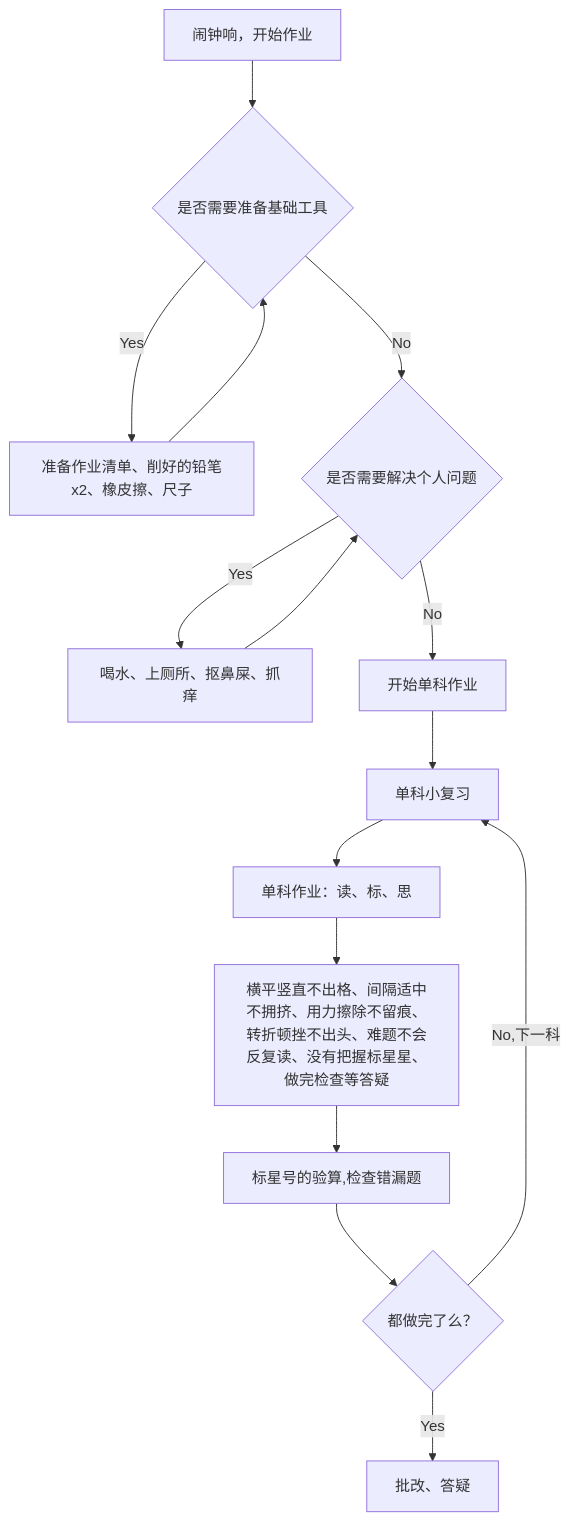
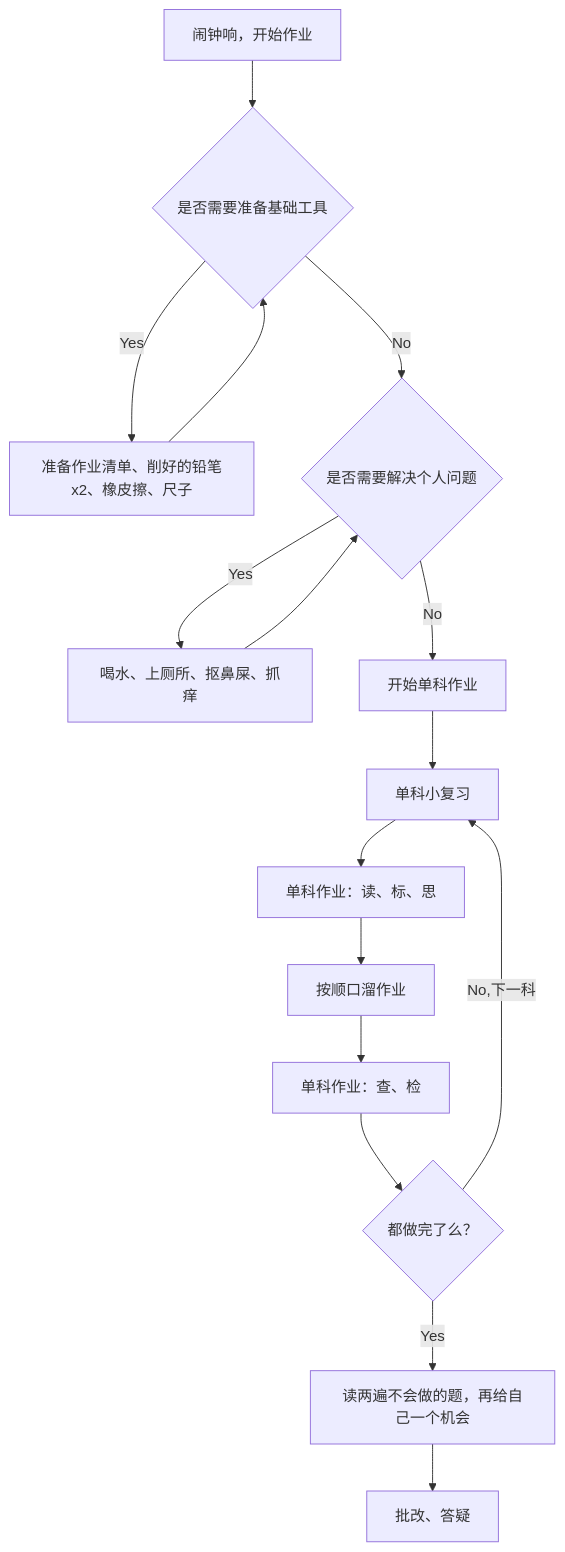
Before and after one commit to luffyluu/cppbase: the diagram in rules_on_homework_for_luffy.md, drawn with Mermaid. The commit also changed other lines of this file, not shown here.

````diff
--- a/rules_on_homework_for_luffy.md
+++ b/rules_on_homework_for_luffy.md
@@ -2,17 +2,18 @@
 ```mermaid
 graph TD;
     A[闹钟响，开始作业] --> B{是否需要准备基础工具}
     B -->|Yes| C[准备作业清单、削好的铅笔x2、橡皮擦、尺子]
     B -->|No| D{是否需要解决个人问题}
     C --> B
     D -->|Yes| E[喝水、上厕所、抠鼻屎、抓痒]
     D -->|No| F[开始单科作业]
     E --> D
     F --> G[单科小复习]
     G --> H[单科作业：读、标、思]
-    H --> I[横平竖直不出格、间隔适中不拥挤、用力擦除不留痕、转折顿挫不出头、难题不会反复读、没有把握标星星、做完检查等答疑]
-    I --> J[标星号的验算,检查错漏题]
+    H --> I[按顺口溜作业]
+    I --> J[单科作业：查、检]
     J --> K{都做完了么？}
-    K -->|Yes| L[批改、答疑]
+    K -->|Yes| L[读两遍不会做的题，再给自己一个机会]
     K -->|No,下一科| G
+    L --> M[批改、答疑]
 ```
````
